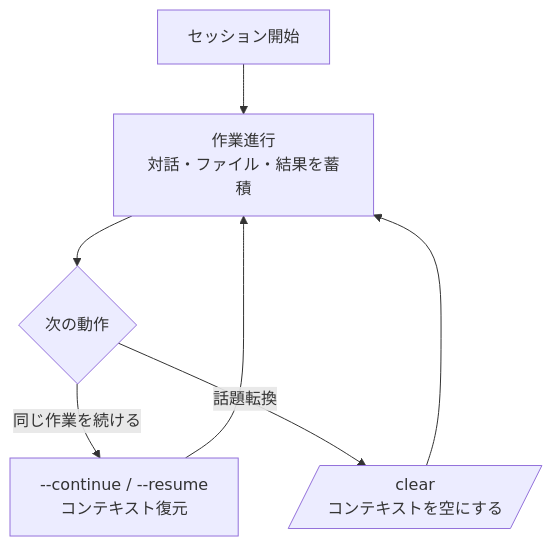
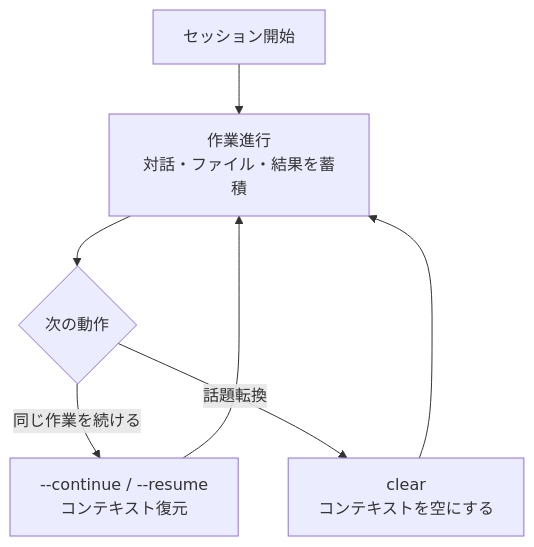
The diagram in docs-site/content/ja/claude-code/context-memory/sessions.md (modu-ai/moai-adk), drawn with Mermaid before and after one commit. The commit also changed 86 other files, not shown here.

First line of the commit message:
docs(ossdocs): v3.1.1 doc-gap landing — 13-page x4-locale + mermaid fixes + version sync + backend-mix

````diff
--- a/docs-site/content/ja/claude-code/context-memory/sessions.md
+++ b/docs-site/content/ja/claude-code/context-memory/sessions.md
@@ -37,9 +37,9 @@
 ```mermaid
 flowchart TD
     A[セッション開始] --> B[作業進行<br/>対話・ファイル・結果を蓄積]
     B --> C{次の動作}
     C -->|同じ作業を続ける| D[--continue / --resume<br/>コンテキスト復元]
-    C -->|話題転換| E[/clear<br/>コンテキストを空にする/]
+    C -->|話題転換| E["clear<br/>コンテキストを空にする"]
     D --> B
     E --> B
 ```
````
